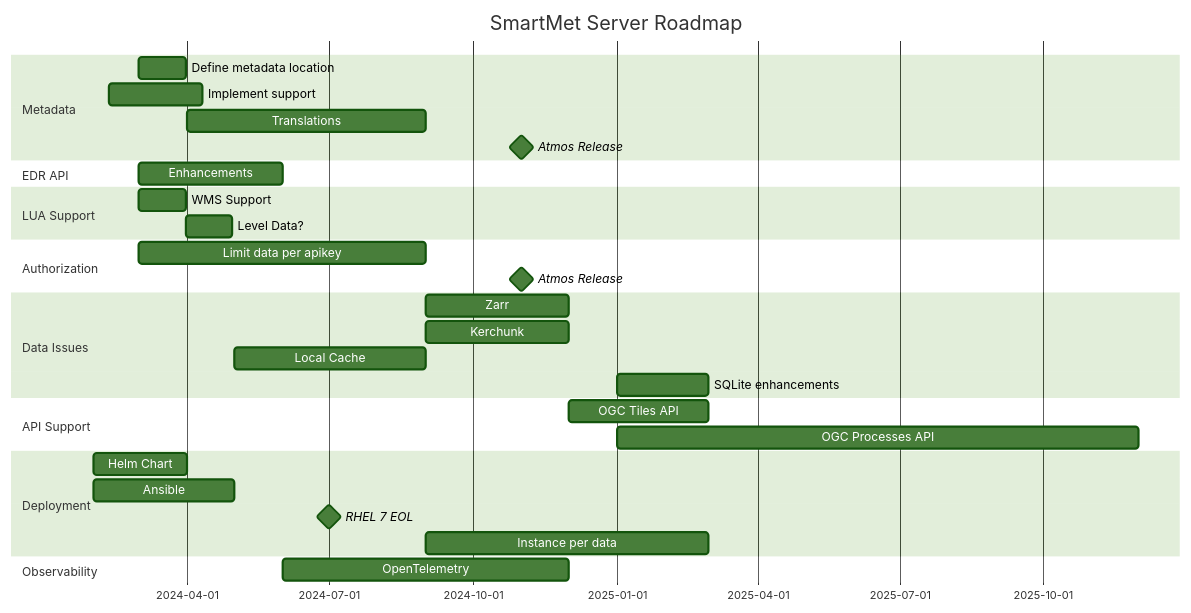
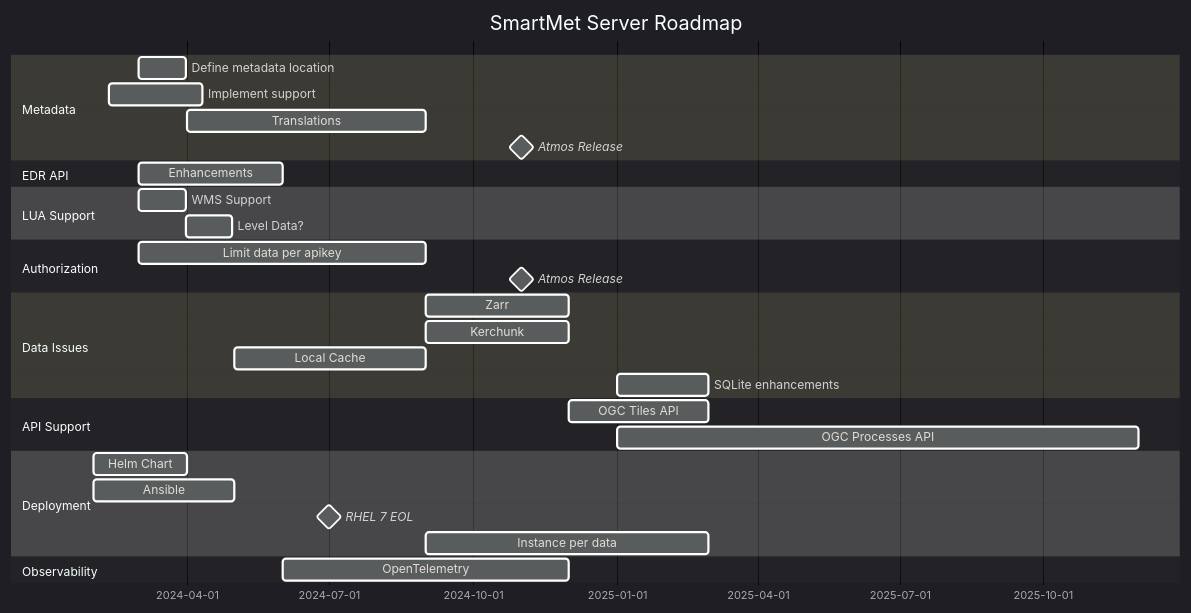
Before and after one commit to oksman/rando-solver: the diagram in mermaid.md, drawn with Mermaid.

````diff
--- a/mermaid.md
+++ b/mermaid.md
@@ -1,40 +1,40 @@
 ```mermaid
-%%{init: {'theme': 'forest'} }%%
+%%{init: {'theme': 'dark'} }%%
 
 gantt
     title SmartMet Server Roadmap
     dateFormat YYYY-MM
 
     section Metadata
         Define metadata location :define-metadata, 2024-03, 30d
         Implement support :implement-metadata, after define, 60d
         Translations :translations, 2024-04, 2024-09
         Atmos Release :milestone, 2024-11, 0d
 
     section EDR API
         Enhancements :edr-enhancements, 2024-03, 2024-06
     section LUA Support
         WMS Support :lua-wms, 2024-03, 30d
         Level Data? :level-data, after lua-wms, 30d
 
     section Authorization
         Limit data per apikey :auth-limit, 2024-03, 2024-09
         Atmos Release :milestone, 2024-11, 0d
 
     section Data Issues
         Zarr :zarr, 2024-09, 2024-12
         Kerchunk :kerchunk, 2024-09, 2024-12
         Local Cache :local-cache, 2024-05, 2024-09
         SQLite enhancements :sqlite, 2025-01, 2025-03
     section API Support
         OGC Tiles API :ogc-tiles-api, 2024-12, 2025-03
         OGC Processes API :ogc-processes-api, 2025-01, 2025-12
     section Deployment
         Helm Chart :helm-chart, 2024-02, 2024-04
         Ansible :ansible, 2024-02, 2024-05
         RHEL 7 EOL :milestone, 2024-07, 0d
         Instance per data :instance-per-data, 2024-09, 2025-03
     section Observability
         OpenTelemetry :opentelemetry, 2024-06, 2024-12
 
 ```
````
